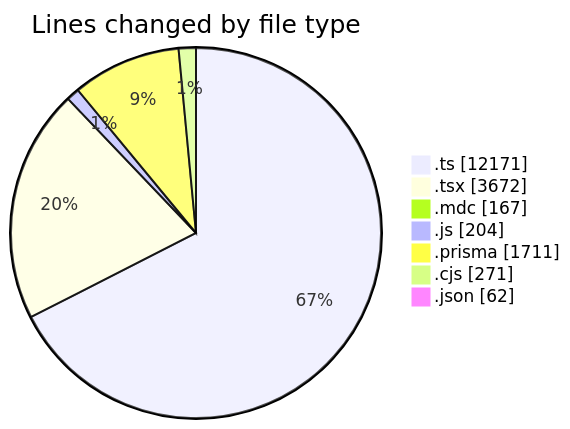
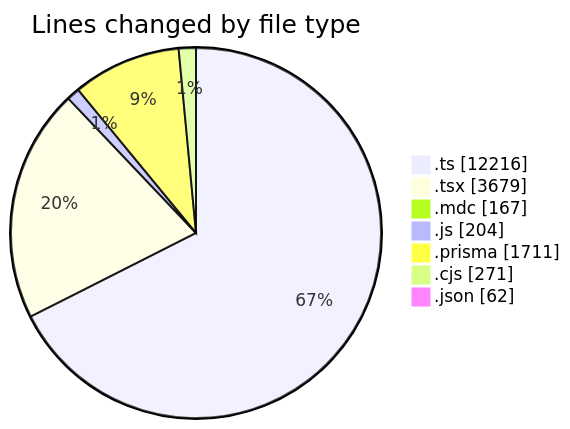
One commit to CELIANVF/code-tracking changed the first of 2 diagrams in 2025-06-06/ecodeli-1/README.md. Above: the diagram before and after it, drawn with Mermaid. The commit also changed other lines of this file and 1 other file, not shown here.

````diff
--- a/2025-06-06/ecodeli-1/README.md
+++ b/2025-06-06/ecodeli-1/README.md
@@ -70,11 +70,11 @@
 ```mermaid
 pie showData
 title Lines changed by file type
-".ts" : 12171
-".tsx" : 3672
+".ts" : 12216
+".tsx" : 3679
 ".mdc" : 167
 ".js" : 204
 ".prisma" : 1711
 ".cjs" : 271
 ".json" : 62
 ```
````
